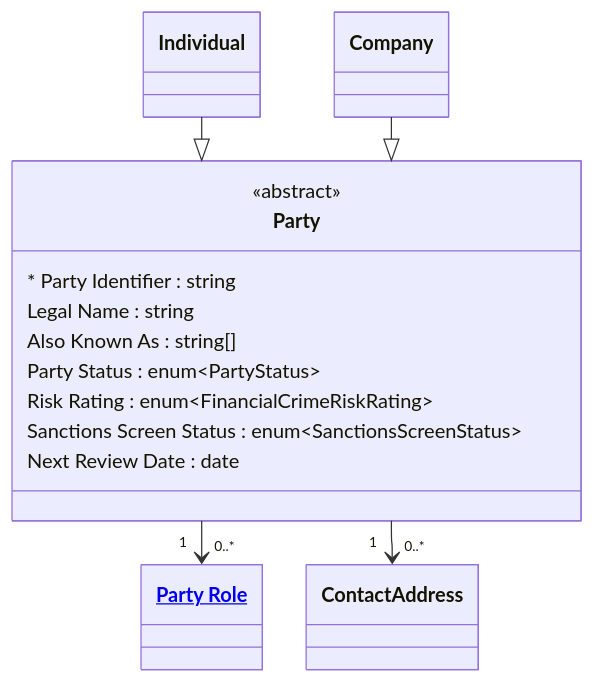
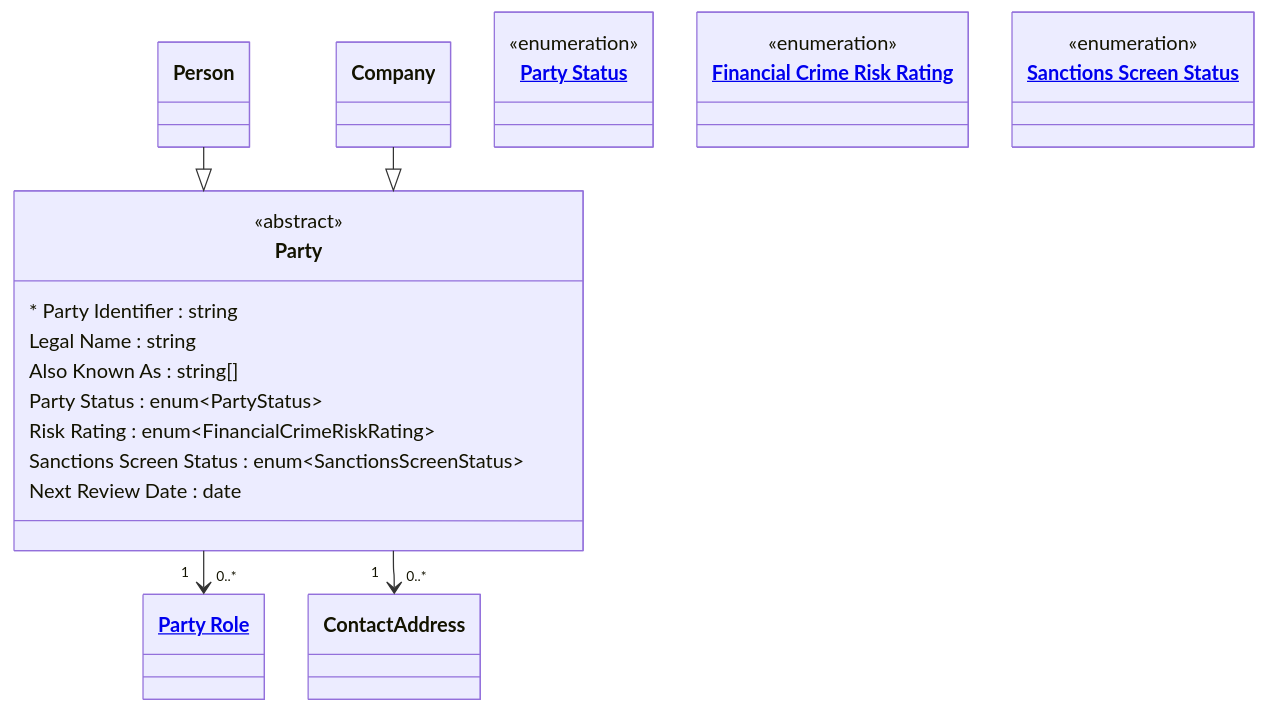
One commit to Semprini/md-ddl changed the diagram in examples/Financial Crime/entities/party.md. Above: the diagram before and after it, drawn with Mermaid. The commit also changed other lines of this file and 48 other files, not shown here.

First line of the commit message:
Add financial crime domain entities, events, and enums

````diff
--- a/examples/Financial Crime/entities/party.md
+++ b/examples/Financial Crime/entities/party.md
@@ -13,29 +13,33 @@
 ```mermaid
 ---
 config:
   layout: elk
 ---
 classDiagram
   class Party{
     <<abstract>>
     * Party Identifier : string
     Legal Name : string
     Also Known As : string[]
     Party Status : enum~PartyStatus~
     Risk Rating : enum~FinancialCrimeRiskRating~
     Sanctions Screen Status : enum~SanctionsScreenStatus~
     Next Review Date : date
   }
 
-  class Individual
+  class Person
 
   class Company{
   }
 
-  Individual --|> Party
+  Person --|> Party
   Company --|> Party
   Party "1" --> "0..*" PartyRole
   Party "1" --> "0..*" ContactAddress
 
+  class PartyStatus["<a href='../enums.md#party-status'>Party Status</a>"]{<<enumeration>>}
+  class FinancialCrimeRiskRating["<a href='../enums.md#financial-crime-risk-rating'>Financial Crime Risk Rating</a>"]{<<enumeration>>}
+  class SanctionsScreenStatus["<a href='../enums.md#sanctions-screen-status'>Sanctions Screen Status</a>"]{<<enumeration>>}
+
   class PartyRole["<a href='party_role.md'>Party Role</a>"]
 ```
````
